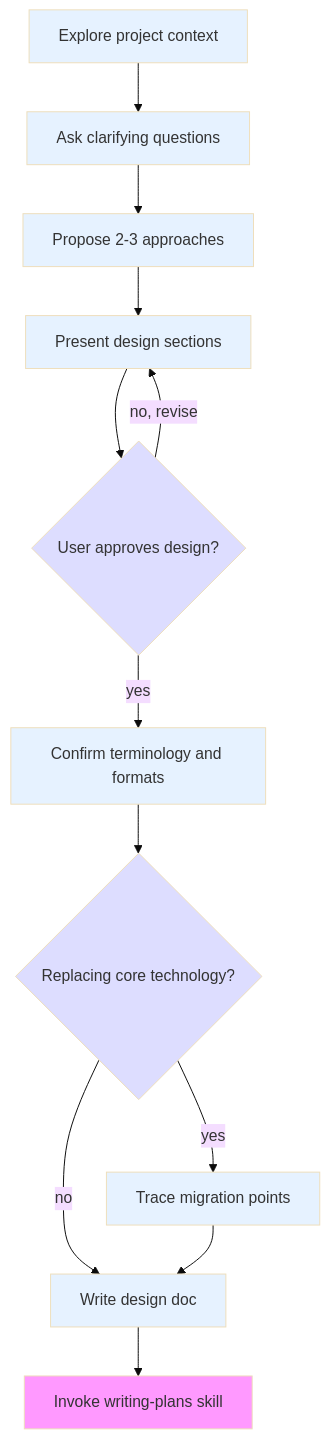
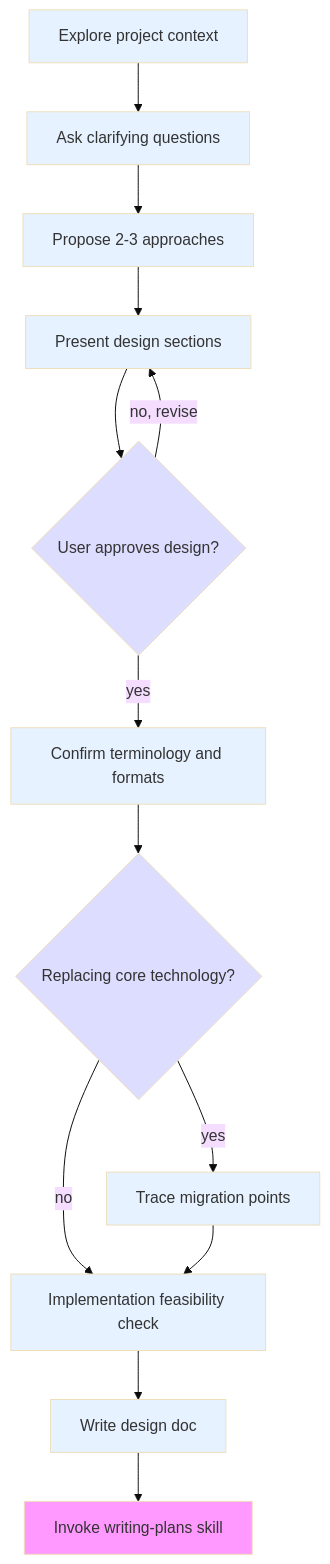
The diagram in skills/brainstorming/SKILL.md (Ts-sound/superpowers), drawn with Mermaid (base theme) before and after one commit. The commit also changed other lines of this file and 2 other files, not shown here.

````diff
--- a/skills/brainstorming/SKILL.md
+++ b/skills/brainstorming/SKILL.md
@@ -42,22 +43,23 @@
 ```mermaid
 graph TD
     A["Explore project context"] --> B["Ask clarifying questions"];
     B --> C["Propose 2-3 approaches"];
     C --> D["Present design sections"];
     D --> E{"User approves design?"};
     E -->|no, revise| D;
     E -->|yes| F["Confirm terminology and formats"];
     F --> G{"Replacing core technology?"};
     G -->|yes| H["Trace migration points"];
-    G -->|no| I["Write design doc"];
+    G -->|no| I["Implementation feasibility check"];
     H --> I;
-    I --> J["Invoke writing-plans skill"];
+    I --> J["Write design doc"];
+    J --> K["Invoke writing-plans skill"];
 
     classDef endnode fill:#f9f;
     classDef decision fill:#ddf;
     classDef process fill:#e6f2ff;
 
-    class J endnode;
+    class K endnode;
     class E,G decision;
-    class A,B,C,D,F,H,I process;
+    class A,B,C,D,F,H,I,J process;
 ```
````
